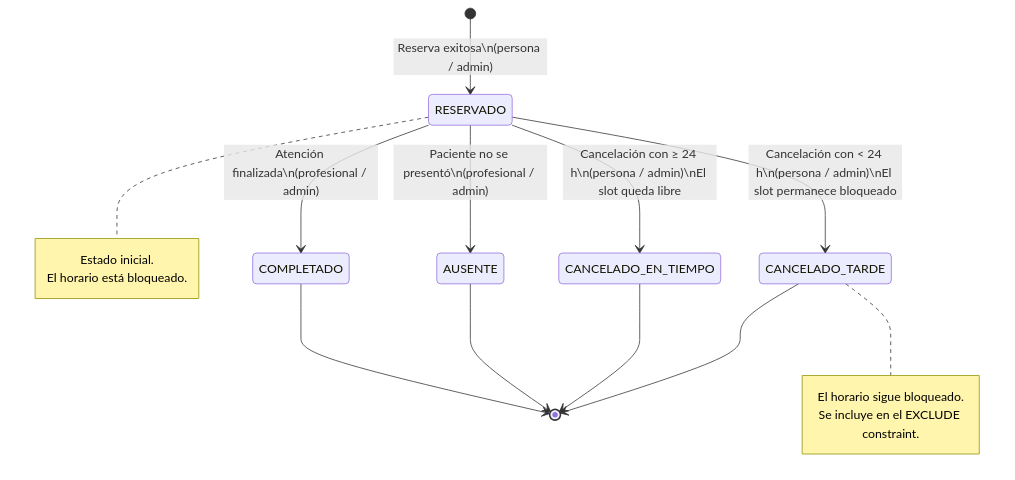
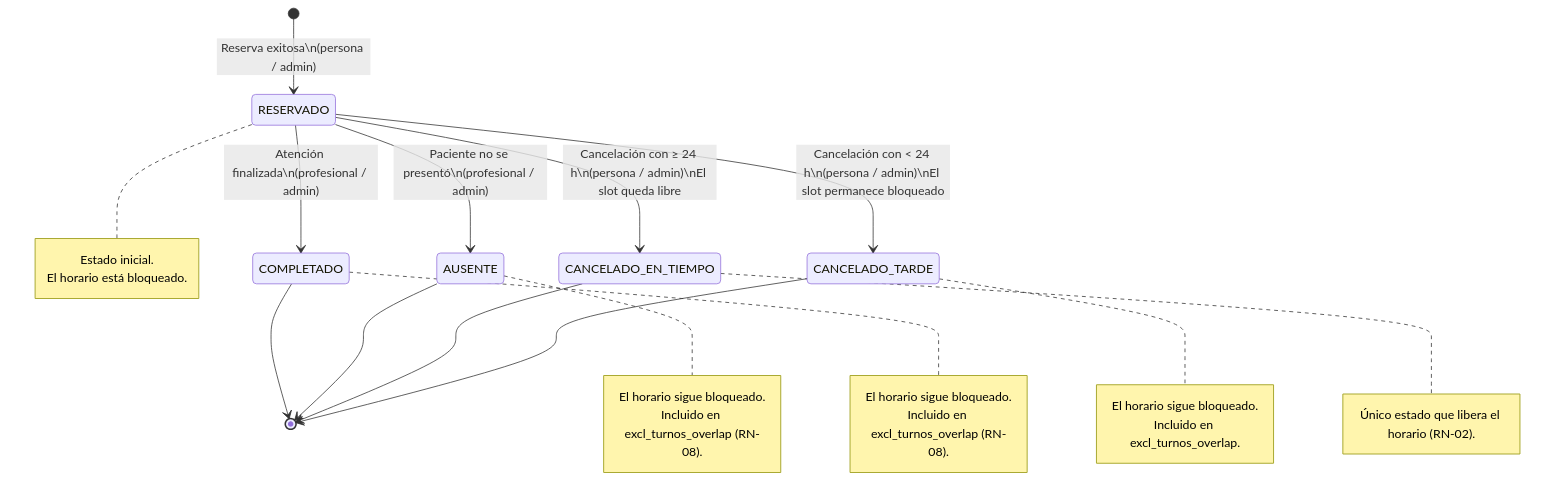
One commit to rcalcatelli/vitalys-app changed the second of 9 diagrams in docs/02-diseno/diagramas.md. Above: the diagram before and after it, drawn with Mermaid. The commit also changed other lines of this file and 19 other files, not shown here.

````diff
--- a/docs/02-diseno/diagramas.md
+++ b/docs/02-diseno/diagramas.md
@@ -100,27 +101,41 @@
 ```mermaid
 stateDiagram-v2
     [*] --> RESERVADO : Reserva exitosa\n(persona / admin)
 
     RESERVADO --> COMPLETADO : Atención finalizada\n(profesional / admin)
 
     RESERVADO --> AUSENTE : Paciente no se presentó\n(profesional / admin)
 
     RESERVADO --> CANCELADO_EN_TIEMPO : Cancelación con ≥ 24 h\n(persona / admin)\nEl slot queda libre
 
     RESERVADO --> CANCELADO_TARDE : Cancelación con < 24 h\n(persona / admin)\nEl slot permanece bloqueado
 
     COMPLETADO --> [*]
     AUSENTE --> [*]
     CANCELADO_EN_TIEMPO --> [*]
     CANCELADO_TARDE --> [*]
 
     note right of RESERVADO
         Estado inicial.
         El horario está bloqueado.
     end note
 
+    note right of AUSENTE
+        El horario sigue bloqueado.
+        Incluido en excl_turnos_overlap (RN-08).
+    end note
+
+    note right of COMPLETADO
+        El horario sigue bloqueado.
+        Incluido en excl_turnos_overlap (RN-08).
+    end note
+
     note right of CANCELADO_TARDE
         El horario sigue bloqueado.
-        Se incluye en el EXCLUDE constraint.
+        Incluido en excl_turnos_overlap.
+    end note
+
+    note right of CANCELADO_EN_TIEMPO
+        Único estado que libera el horario (RN-02).
     end note
 ```
````
